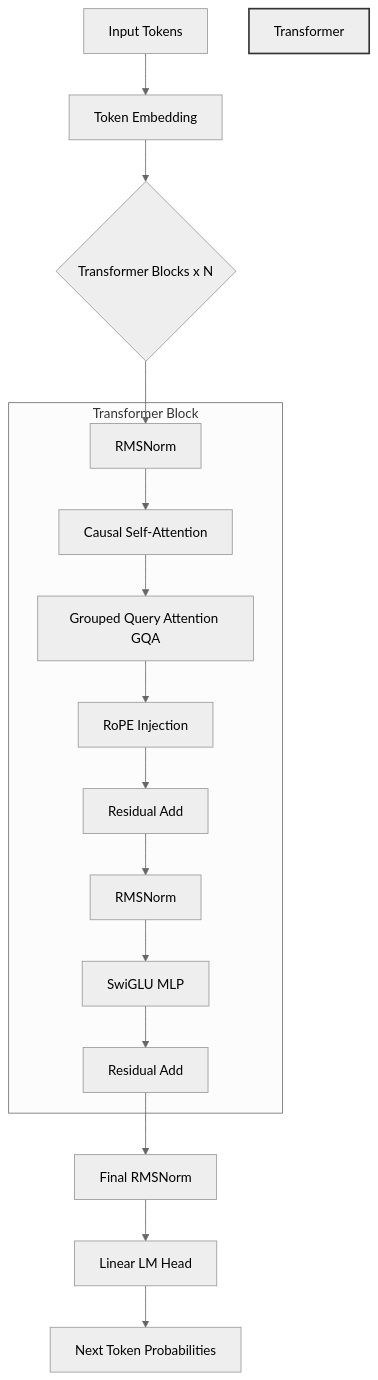
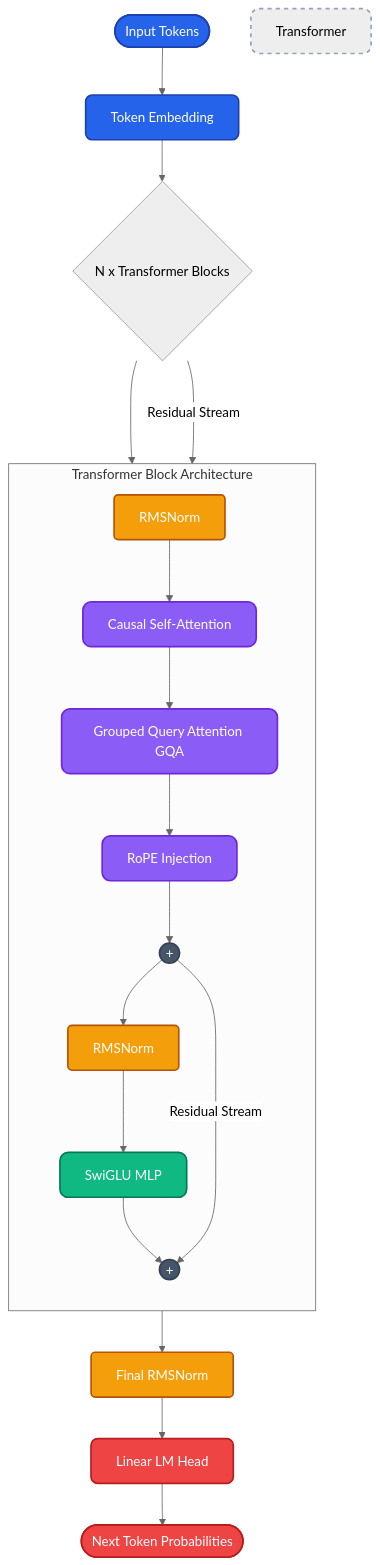
One commit to Paramveersingh-S/microgpt changed the diagram in README.md. Above: the diagram before and after it, drawn with Mermaid (neutral theme).

Commit message:
Update Mermaid architecture diagram with beautiful styling

````diff
--- a/README.md
+++ b/README.md
@@ -33,22 +33,36 @@
 ```mermaid
 graph TD
-    A[Input Tokens] --> B[Token Embedding]
-    B --> C{Transformer Blocks x N}
+    classDef input fill:#2563eb,stroke:#1e40af,stroke-width:2px,color:#fff,rx:8px,ry:8px;
+    classDef norm fill:#f59e0b,stroke:#b45309,stroke-width:2px,color:#fff,rx:5px,ry:5px;
+    classDef attn fill:#8b5cf6,stroke:#6d28d9,stroke-width:2px,color:#fff,rx:10px,ry:10px;
+    classDef mlp fill:#10b981,stroke:#047857,stroke-width:2px,color:#fff,rx:10px,ry:10px;
+    classDef merge fill:#475569,stroke:#334155,stroke-width:2px,color:#fff,shape:circle;
+    classDef output fill:#ef4444,stroke:#b91c1c,stroke-width:2px,color:#fff,rx:8px,ry:8px;
+
+    A([Input Tokens]):::input --> B[Token Embedding]:::input
+    B --> C{N x Transformer Blocks}
     
-    subgraph Transformer Block
-    C1[RMSNorm] --> C2[Causal Self-Attention]
-    C2 --> C3[Grouped Query Attention GQA]
-    C3 --> C4[RoPE Injection]
-    C4 --> C5[Residual Add]
-    C5 --> C6[RMSNorm]
-    C6 --> C7[SwiGLU MLP]
-    C7 --> C8[Residual Add]
+    subgraph Transformer Block [Transformer Block Architecture]
+        direction TB
+        C1[RMSNorm]:::norm --> C2[Causal Self-Attention]:::attn
+        C2 --> C3[Grouped Query Attention GQA]:::attn
+        C3 --> C4[RoPE Injection]:::attn
+        C4 --> C5((+)):::merge
+        
+        C5 --> C6[RMSNorm]:::norm
+        C6 --> C7[SwiGLU MLP]:::mlp
+        C7 --> C8((+)):::merge
     end
     
     C --> C1
-    C8 --> D[Final RMSNorm]
-    D --> E[Linear LM Head]
-    E --> F[Next Token Probabilities]
     
-    style Transformer Block fill:#f9f9f9,stroke:#333,stroke-width:2px
+    %% Residual Connections (Using invisible nodes/direct paths)
+    C -- "Residual Stream" ---> C5
+    C5 -- "Residual Stream" ---> C8
+
+    C8 --> D[Final RMSNorm]:::norm
+    D --> E[Linear LM Head]:::output
+    E --> F([Next Token Probabilities]):::output
+    
+    style Transformer Block fill:#f8fafc,stroke:#94a3b8,stroke-width:2px,stroke-dasharray: 5 5,rx:10px,ry:10px;
 ```
````
